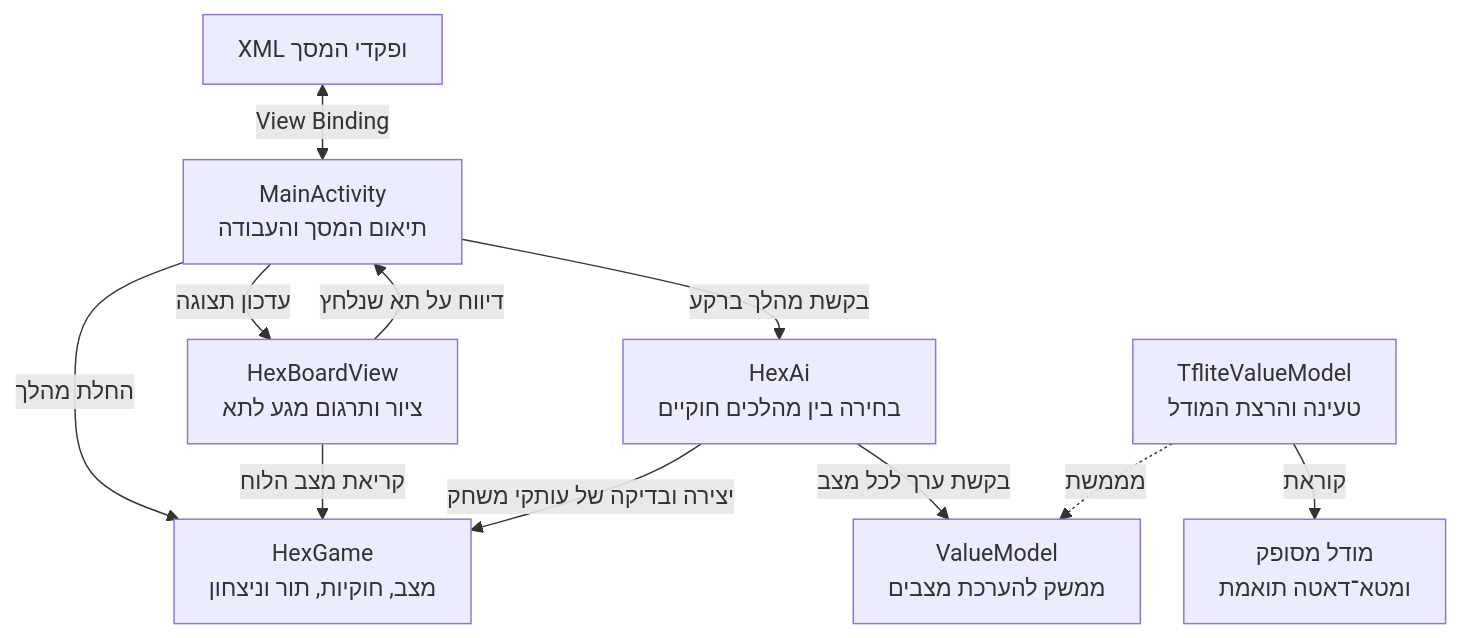
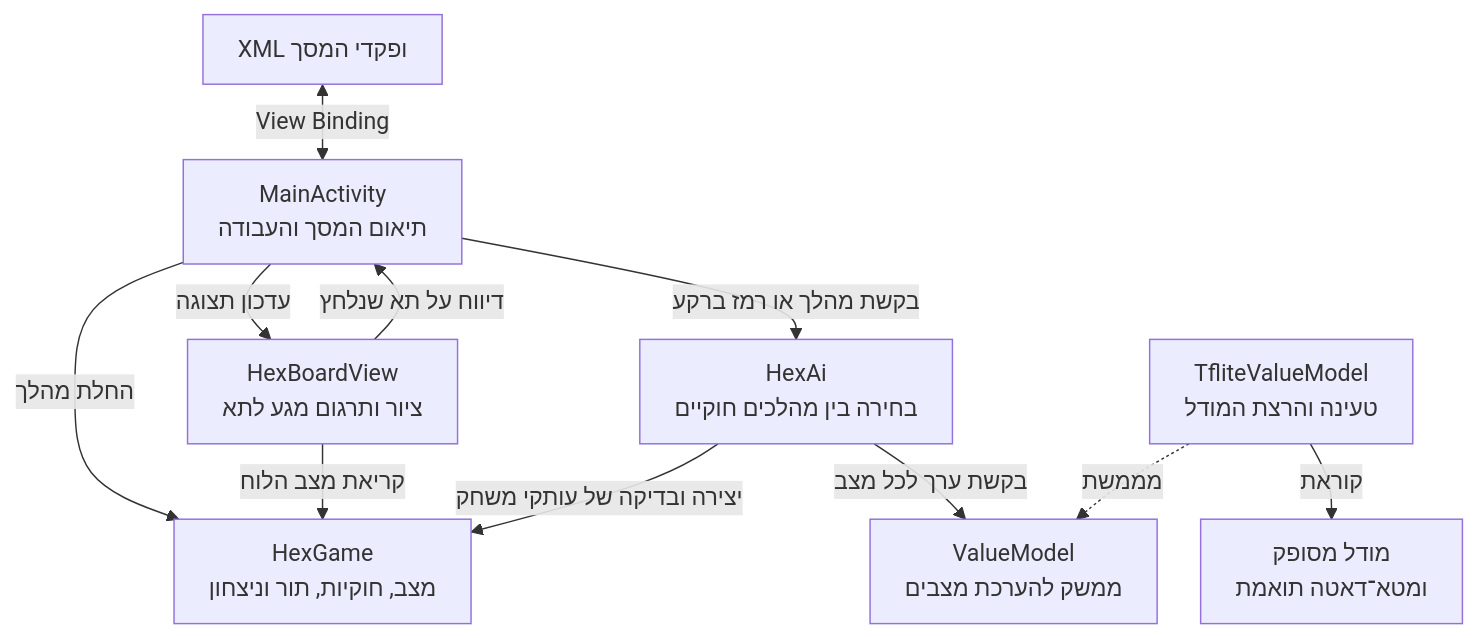
The second of 2 diagrams in android/hex/index.md (3strategy/BeautifulMivney), drawn with Mermaid before and after one commit. The commit also changed other lines of this file and 10 other files, not shown here.

Commit message:
updated hex with more comments to MainActivity across the different lessons.

````diff
--- a/android/hex/index.md
+++ b/android/hex/index.md
@@ -67,15 +68,15 @@
 ```mermaid
 %%{init: {'flowchart': {'rankSpacing': 28, 'nodeSpacing': 30, 'padding': 12}}}%%
 %% dir: rtl %%
 flowchart TB
     xml["XML ופקדי המסך"] <-->|"View Binding"| activity["MainActivity<br/>תיאום המסך והעבודה"]
     activity -->|"עדכון תצוגה"| board["HexBoardView<br/>ציור ותרגום מגע לתא"]
     board -->|"דיווח על תא שנלחץ"| activity
     activity -->|"החלת מהלך"| game["HexGame<br/>מצב, חוקיות, תור וניצחון"]
     board -->|"קריאת מצב הלוח"| game
-    activity -->|"בקשת מהלך ברקע"| ai["HexAi<br/>בחירה בין מהלכים חוקיים"]
+    activity -->|"בקשת מהלך או רמז ברקע"| ai["HexAi<br/>בחירה בין מהלכים חוקיים"]
     ai -->|"יצירה ובדיקה של עותקי משחק"| game
     ai -->|"בקשת ערך לכל מצב"| contract["ValueModel<br/>ממשק להערכת מצבים"]
     loader["TfliteValueModel<br/>טעינה והרצת המודל"] -.->|"מממשת"| contract
     loader -->|"קוראת"| model["מודל מסופק<br/>ומטא־דאטה תואמת"]
 ```
````
